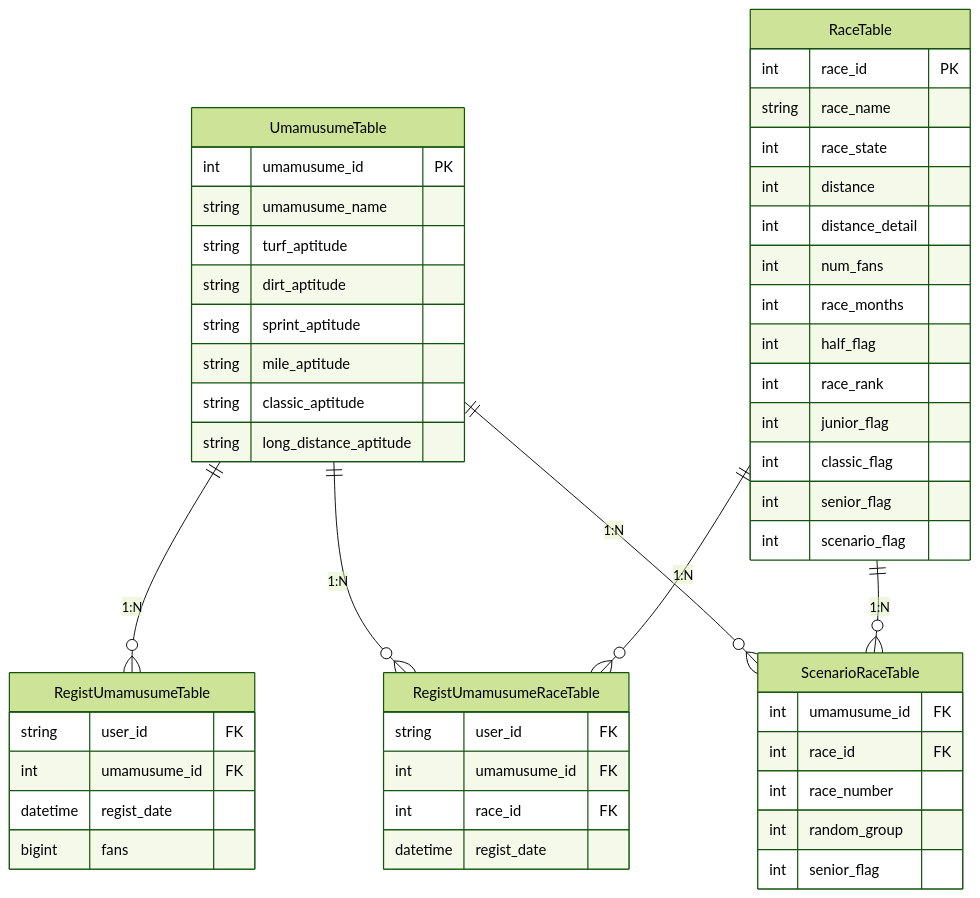
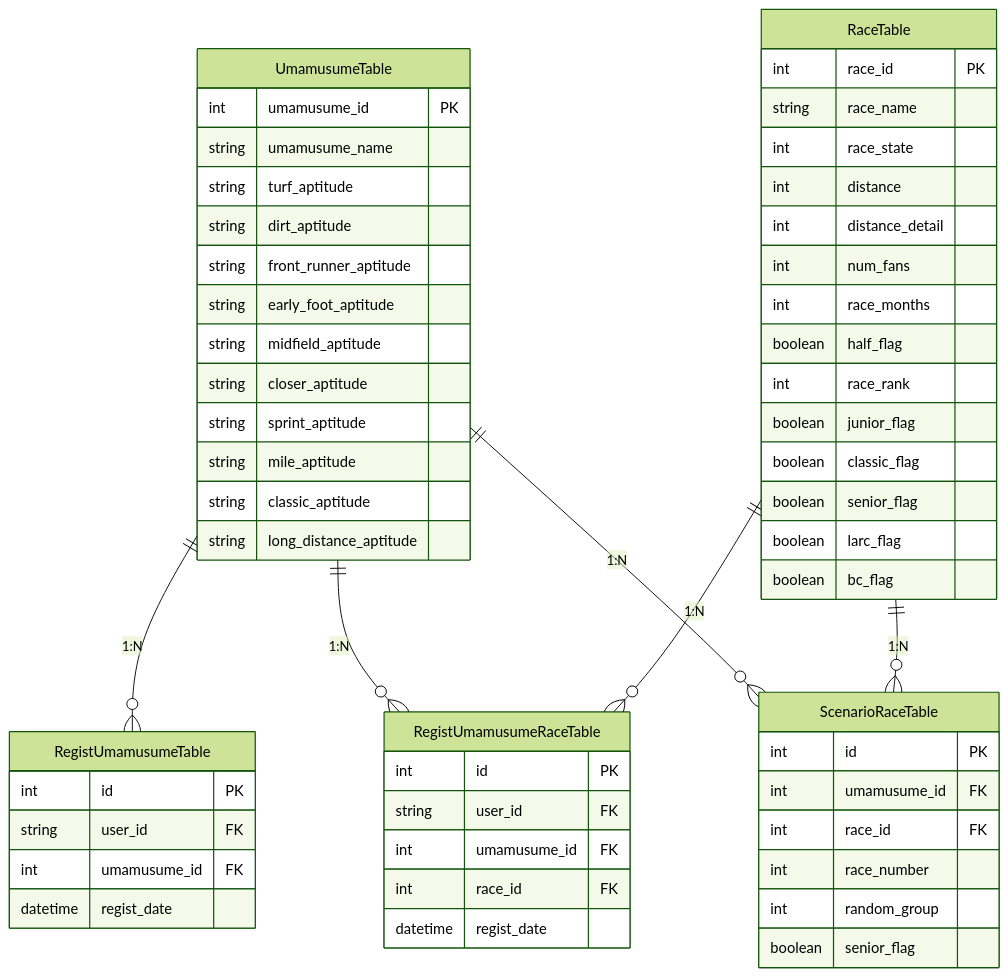
One commit to Spepepepe/Uma_Crown_Simulator changed the diagram in docs/architecture.md. Above: the diagram before and after it, drawn with Mermaid (forest theme). The commit also changed other lines of this file, not shown here.

First line of the commit message:
architecture.md: ER図修正・プロジェクト構成セクションを削除

````diff
--- a/docs/architecture.md
+++ b/docs/architecture.md
@@ -162,57 +101,64 @@
 ```mermaid
 erDiagram
     UmamusumeTable ||--o{ RegistUmamusumeTable : "1:N"
     UmamusumeTable ||--o{ RegistUmamusumeRaceTable : "1:N"
     UmamusumeTable ||--o{ ScenarioRaceTable : "1:N"
     RaceTable ||--o{ RegistUmamusumeRaceTable : "1:N"
     RaceTable ||--o{ ScenarioRaceTable : "1:N"
 
     UmamusumeTable {
         int umamusume_id PK
         string umamusume_name
         string turf_aptitude
         string dirt_aptitude
+        string front_runner_aptitude
+        string early_foot_aptitude
+        string midfield_aptitude
+        string closer_aptitude
         string sprint_aptitude
         string mile_aptitude
         string classic_aptitude
         string long_distance_aptitude
     }
 
     RaceTable {
         int race_id PK
         string race_name
         int race_state
         int distance
         int distance_detail
         int num_fans
         int race_months
-        int half_flag
+        boolean half_flag
         int race_rank
-        int junior_flag
-        int classic_flag
-        int senior_flag
-        int scenario_flag
+        boolean junior_flag
+        boolean classic_flag
+        boolean senior_flag
+        boolean larc_flag
+        boolean bc_flag
     }
 
     RegistUmamusumeTable {
+        int id PK
         string user_id FK
         int umamusume_id FK
         datetime regist_date
-        bigint fans
     }
 
     RegistUmamusumeRaceTable {
+        int id PK
         string user_id FK
         int umamusume_id FK
         int race_id FK
         datetime regist_date
     }
 
     ScenarioRaceTable {
+        int id PK
         int umamusume_id FK
         int race_id FK
         int race_number
         int random_group
-        int senior_flag
+        boolean senior_flag
     }
 ```
````
